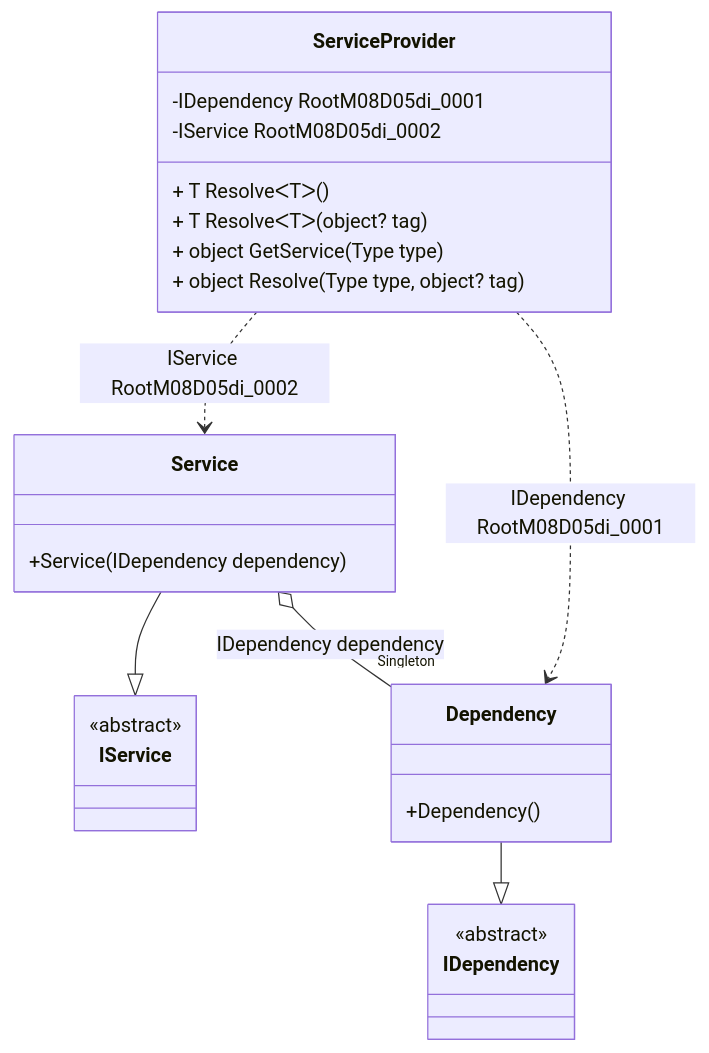
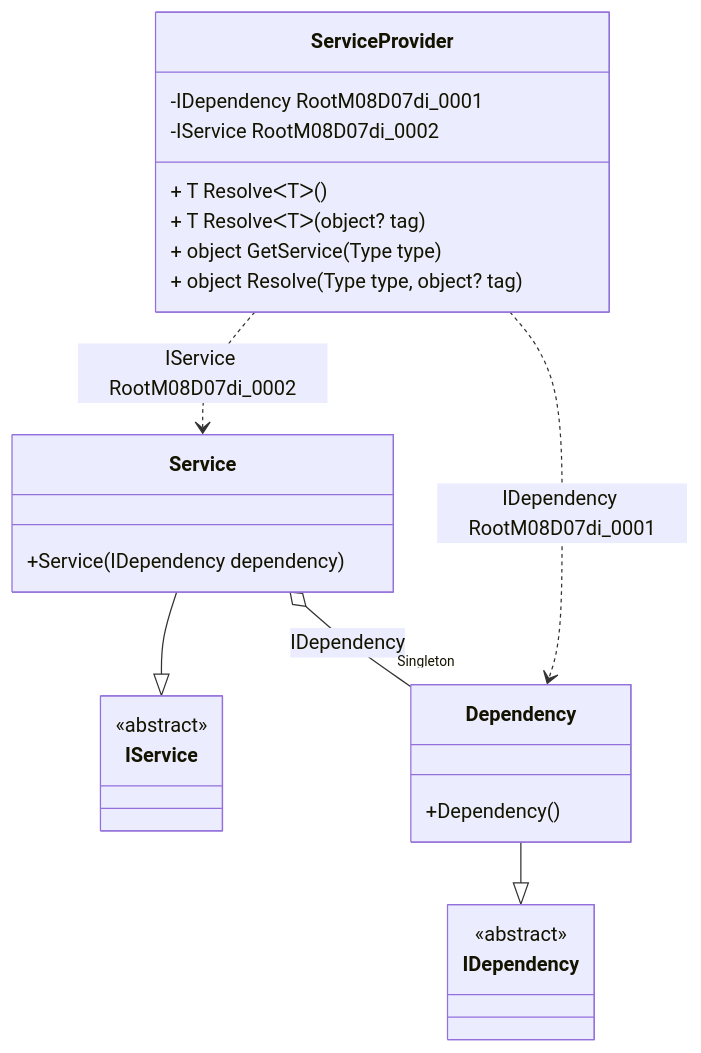
The diagram in readme/service-provider.md (DevTeam/Pure.DI), drawn with Mermaid before and after one commit. The commit also changed other lines of this file and 84 other files, not shown here.

````diff
--- a/readme/service-provider.md
+++ b/readme/service-provider.md
@@ -50,28 +50,28 @@
 ```mermaid
 classDiagram
   class ServiceProvider {
-    -IDependency RootM08D05di_0001
-    -IService RootM08D05di_0002
+    -IDependency RootM08D07di_0001
+    -IService RootM08D07di_0002
     + T ResolveᐸTᐳ()
     + T ResolveᐸTᐳ(object? tag)
     + object GetService(Type type)
     + object Resolve(Type type, object? tag)
   }
   Service --|> IService : 
   class Service {
     +Service(IDependency dependency)
   }
   Dependency --|> IDependency : 
   class Dependency {
     +Dependency()
   }
   class IService {
     <<abstract>>
   }
   class IDependency {
     <<abstract>>
   }
-  Service o--  "Singleton" Dependency : IDependency dependency
-  ServiceProvider ..> Dependency : IDependency RootM08D05di_0001
-  ServiceProvider ..> Service : IService RootM08D05di_0002
+  Service o--  "Singleton" Dependency : IDependency
+  ServiceProvider ..> Dependency : IDependency RootM08D07di_0001
+  ServiceProvider ..> Service : IService RootM08D07di_0002
 ```
````
